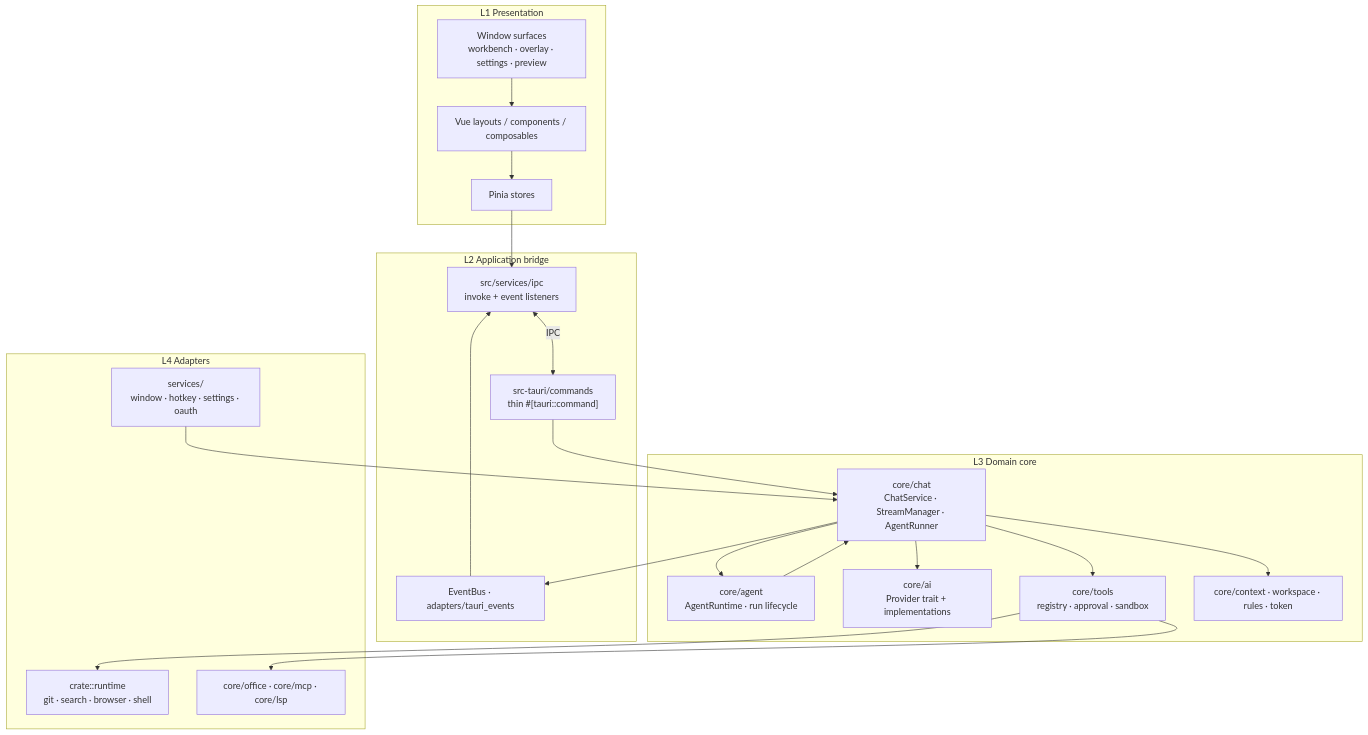
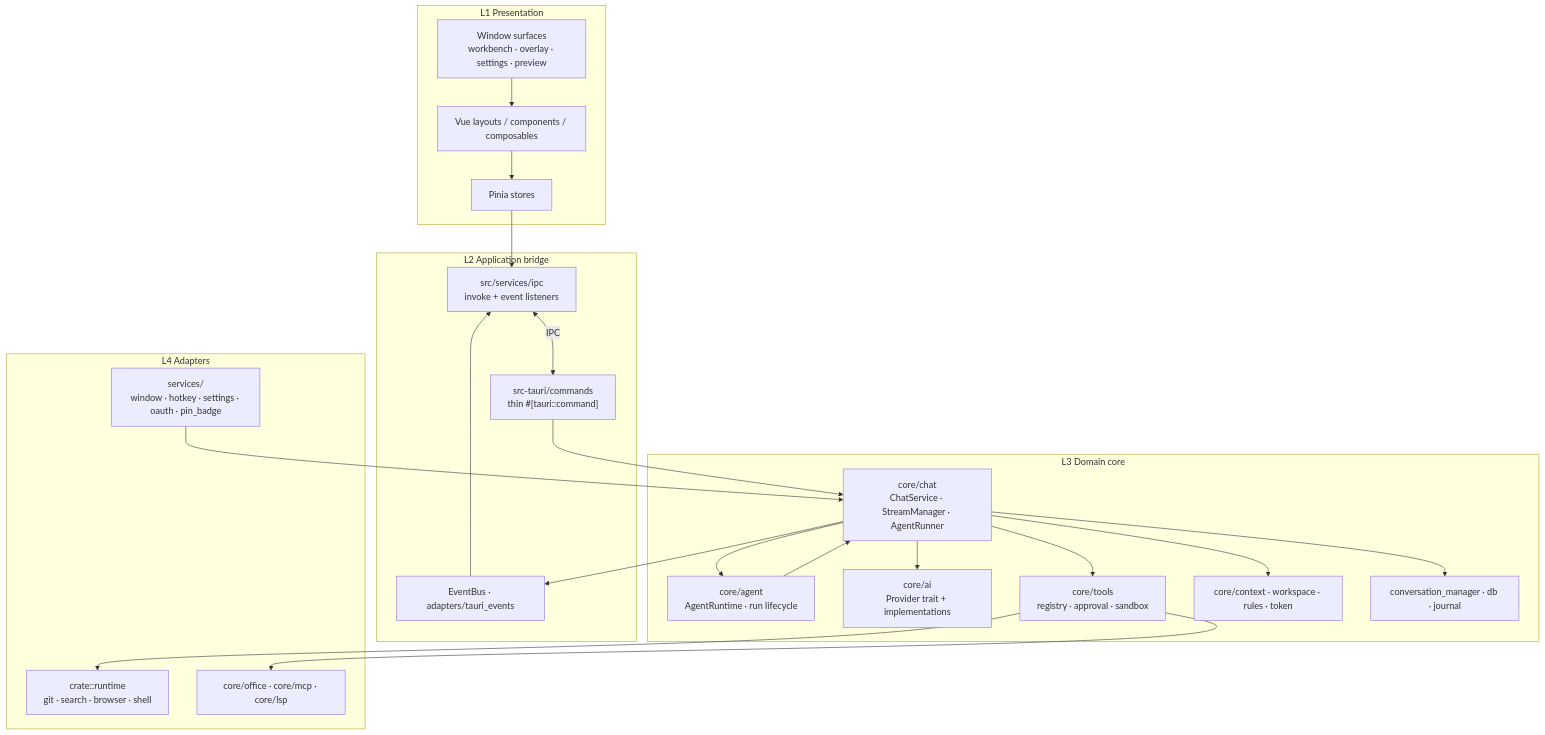
The second of 11 diagrams in docs/architecture-overview.md (rururunu/AAAi), drawn with Mermaid before and after one commit. The commit also changed other lines of this file and 98 other files, not shown here.

Commit message:
feat: 应用内远程更新、工具活动折叠展示与投标/docx 技能扩展 - 集成 Tauri Updater：工作台更新按钮、关于页检测/安装、GitHub Releases 配置 - 新增发版文档与 generate-latest-json / rename-msi 脚本，支持手动与 CI 发布 - 工具活动 UI：单行无展开按钮，多步折叠为摘要列表 - 扩展 bid_tech、vendor docx/pandoc 技能与 Word Office 工具 - 新增架构文档、更新 README 与产品截图

````diff
--- a/docs/architecture-overview.md
+++ b/docs/architecture-overview.md
@@ -70,42 +77,44 @@
 ```mermaid
 flowchart TB
   subgraph Presentation["L1 Presentation"]
     Win["Window surfaces<br/>workbench · overlay · settings · preview"]
     UI["Vue layouts / components / composables"]
     Store["Pinia stores"]
   end
 
   subgraph Bridge["L2 Application bridge"]
     FeIpc["src/services/ipc<br/>invoke + event listeners"]
     Cmd["src-tauri/commands<br/>thin #[tauri::command]"]
     Bus["EventBus · adapters/tauri_events"]
   end
 
   subgraph Domain["L3 Domain core"]
     Chat["core/chat<br/>ChatService · StreamManager · AgentRunner"]
     AgentShell["core/agent<br/>AgentRuntime · run lifecycle"]
     Ai["core/ai<br/>Provider trait + implementations"]
     Tools["core/tools<br/>registry · approval · sandbox"]
     Ctx["core/context · workspace · rules · token"]
+    Persist["conversation_manager · db · journal"]
   end
 
   subgraph Adapters["L4 Adapters"]
     Rt["crate::runtime<br/>git · search · browser · shell"]
     OfficeCore["core/office · core/mcp · core/lsp"]
-    Svc["services/<br/>window · hotkey · settings · oauth"]
+    Svc["services/<br/>window · hotkey · settings · oauth · pin_badge"]
   end
 
   Win --> UI --> Store --> FeIpc
   FeIpc <-->|IPC| Cmd
   Cmd --> Chat
   Svc --> Chat
   Chat --> AgentShell
   AgentShell --> Chat
   Chat --> Ai
   Chat --> Tools
   Chat --> Ctx
+  Chat --> Persist
   Tools --> Rt
   Tools --> OfficeCore
   Bus --> FeIpc
   Chat --> Bus
 ```
````
